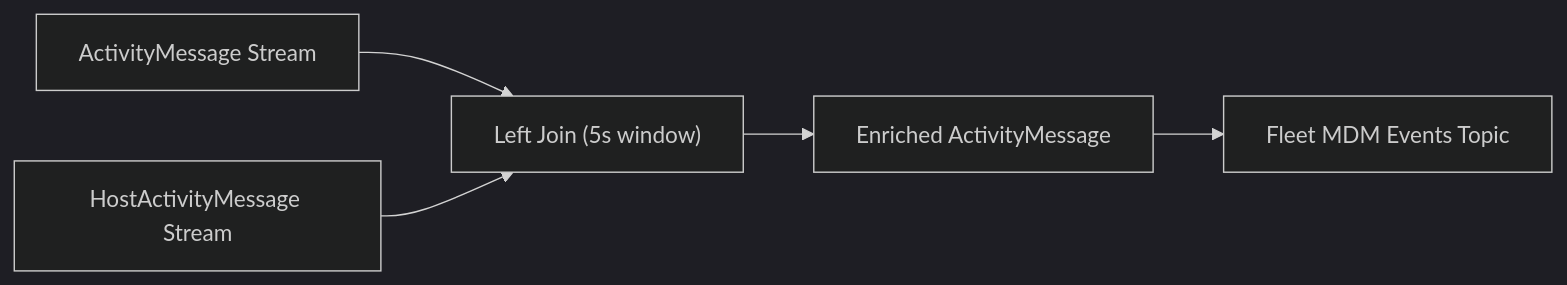
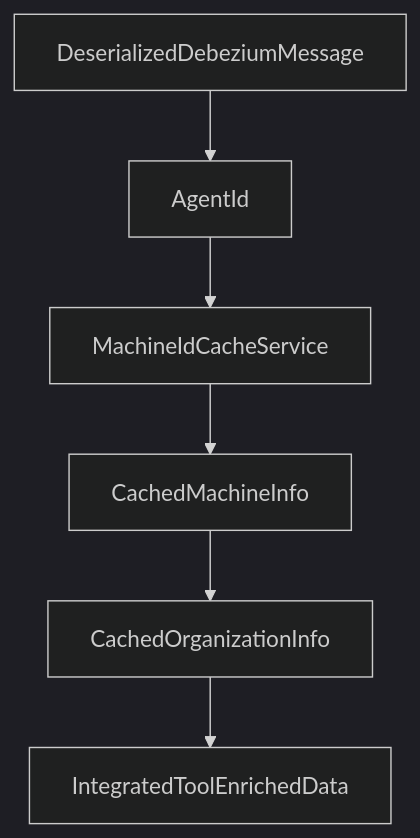
The diagram in docs/diagrams/architecture/stream-processing-core-4.mmd (flamingo-stack/openframe-oss-lib), drawn with Mermaid (dark theme) before and after one commit. The commit also changed 172 other files, not shown here.

```diff
--- a/docs/diagrams/architecture/stream-processing-core-4.mmd
+++ b/docs/diagrams/architecture/stream-processing-core-4.mmd
@@ -1,5 +1,6 @@
-flowchart LR
-    Activities["ActivityMessage Stream"] --> Join
-    HostActivities["HostActivityMessage Stream"] --> Join
-    Join["Left Join (5s window)"] --> Enriched["Enriched ActivityMessage"]
-    Enriched --> OutputTopic["Fleet MDM Events Topic"]
+flowchart TD
+    Message["DeserializedDebeziumMessage"] --> Agent["AgentId"]
+    Agent --> Cache["MachineIdCacheService"]
+    Cache --> Machine["CachedMachineInfo"]
+    Machine --> Org["CachedOrganizationInfo"]
+    Org --> Enriched["IntegratedToolEnrichedData"]
```
